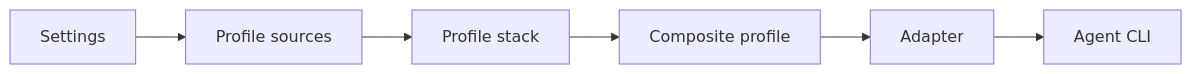
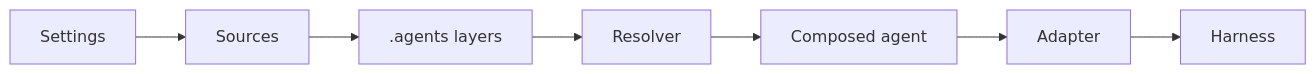
The diagram in docs/documentation/concepts.md (ai-outfitter/outfitter), drawn with Mermaid before and after one commit. The commit also changed other lines of this file and 7 other files, not shown here.

First line of the commit message:
docs(concepts): dotagents core model — concepts, agents, settings, catalogs

````diff
--- a/docs/documentation/concepts.md
+++ b/docs/documentation/concepts.md
@@ -5,8 +5,9 @@
 ```mermaid
 flowchart LR
-  A[Settings] --> B[Profile sources]
-  B --> C[Profile stack]
-  C --> D[Composite profile]
-  D --> E[Adapter]
-  E --> F[Agent CLI]
+  A[Settings] --> B[Sources]
+  B --> C[.agents layers]
+  C --> D[Resolver]
+  D --> E[Composed agent]
+  E --> F[Adapter]
+  F --> G[Harness]
 ```
````
